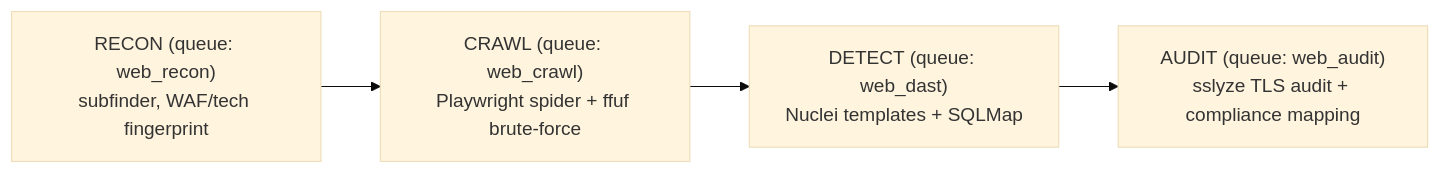
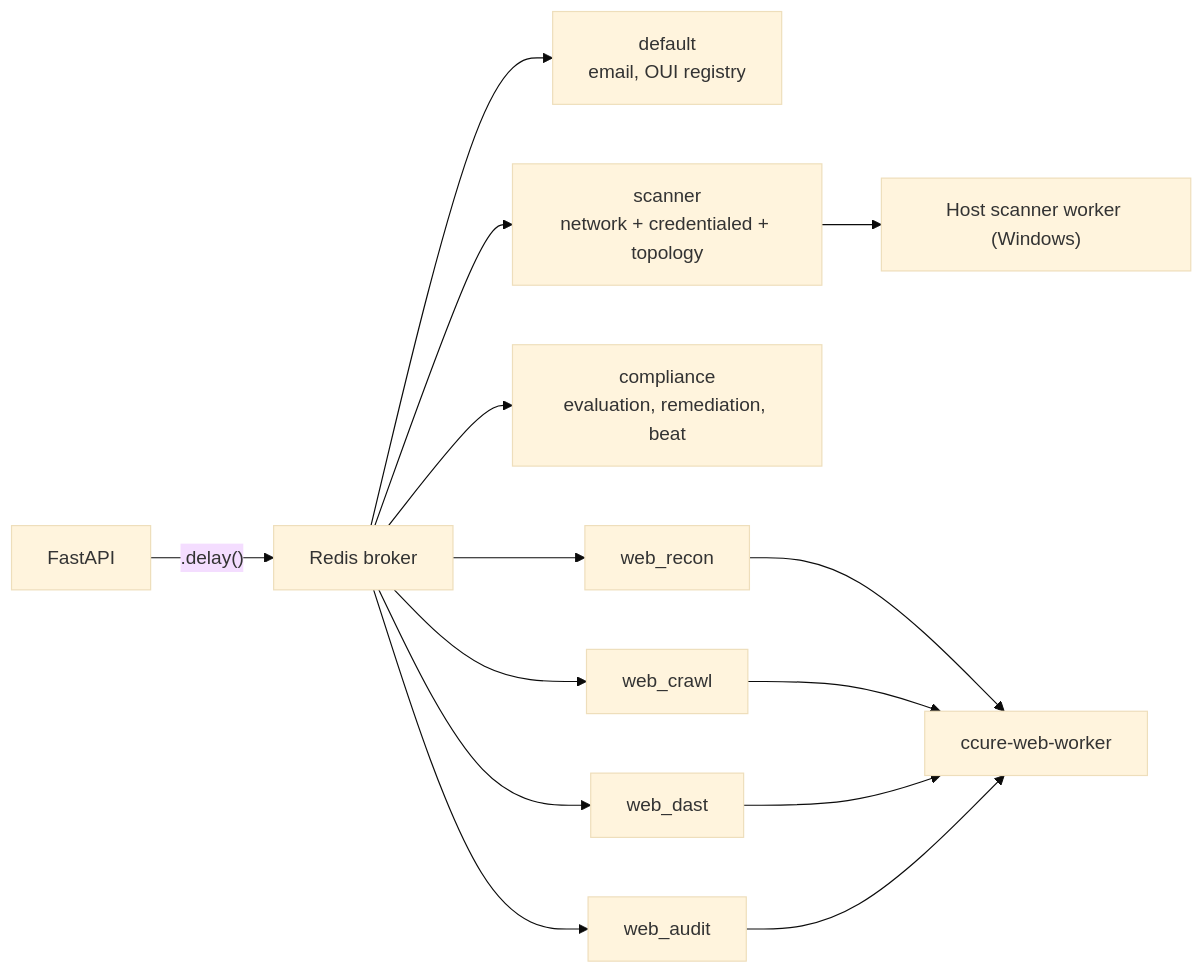
Before and after one commit to pankajkumar2498/CCure-PRO: the third of 6 diagrams in docs/SYSTEM_ARCHITECTURE.md, drawn with Mermaid (base theme). The commit also changed other lines of this file and 8 other files, not shown here.

````diff
--- a/docs/SYSTEM_ARCHITECTURE.md
+++ b/docs/SYSTEM_ARCHITECTURE.md
@@ -202,9 +265,13 @@
 ```mermaid
-flowchart LR
-    R["RECON (queue: web_recon)<br/>subfinder, WAF/tech fingerprint"]
-    Cr["CRAWL (queue: web_crawl)<br/>Playwright spider + ffuf brute-force"]
-    D["DETECT (queue: web_dast)<br/>Nuclei templates + SQLMap"]
-    A["AUDIT (queue: web_audit)<br/>sslyze TLS audit + compliance mapping"]
-
-    R --> Cr --> D --> A
+graph LR
+    API[FastAPI] -->|".delay()"| B["Redis broker"]
+    B --> Q1["default<br/>email, OUI registry"]
+    B --> Q2["scanner<br/>network + credentialed + topology"]
+    B --> Q3["compliance<br/>evaluation, remediation, beat"]
+    B --> Q4["web_recon"]
+    B --> Q5["web_crawl"]
+    B --> Q6["web_dast"]
+    B --> Q7["web_audit"]
+    Q2 --> HOST["Host scanner worker (Windows)"]
+    Q4 & Q5 & Q6 & Q7 --> WW["ccure-web-worker"]
 ```
````
